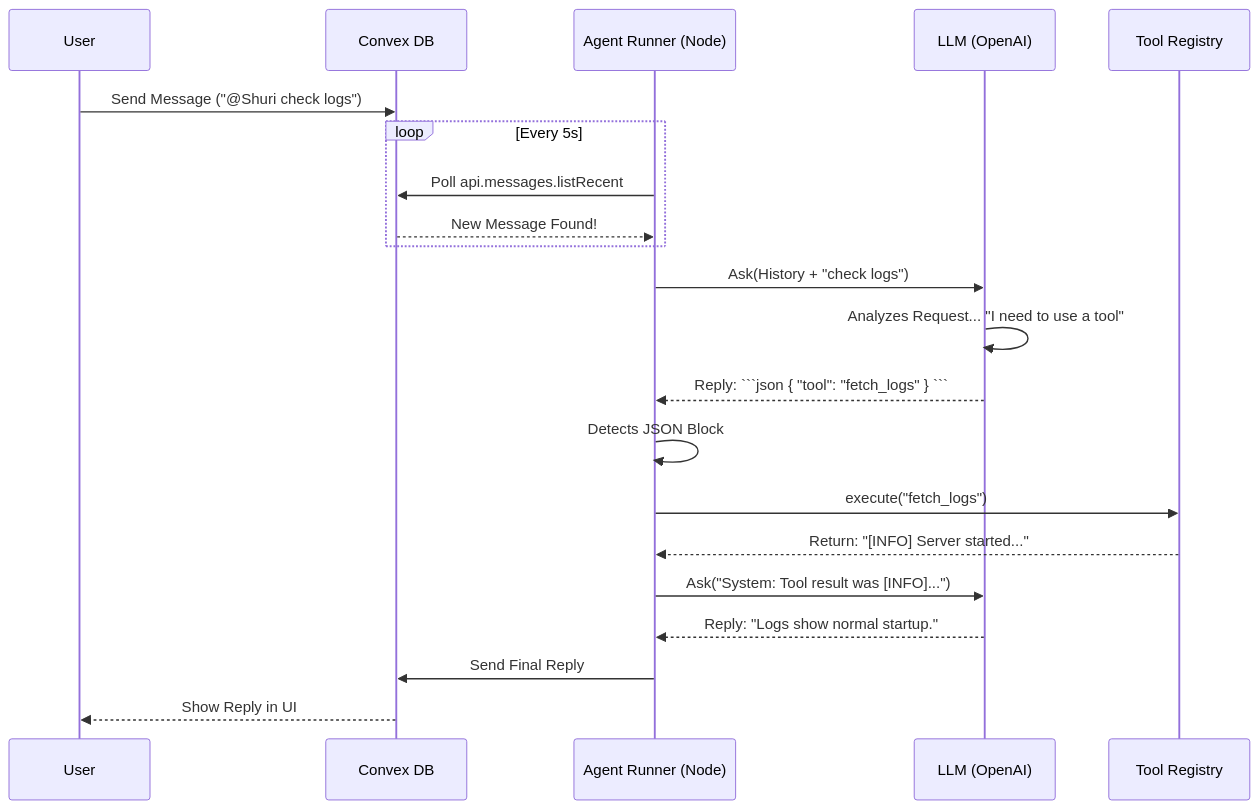
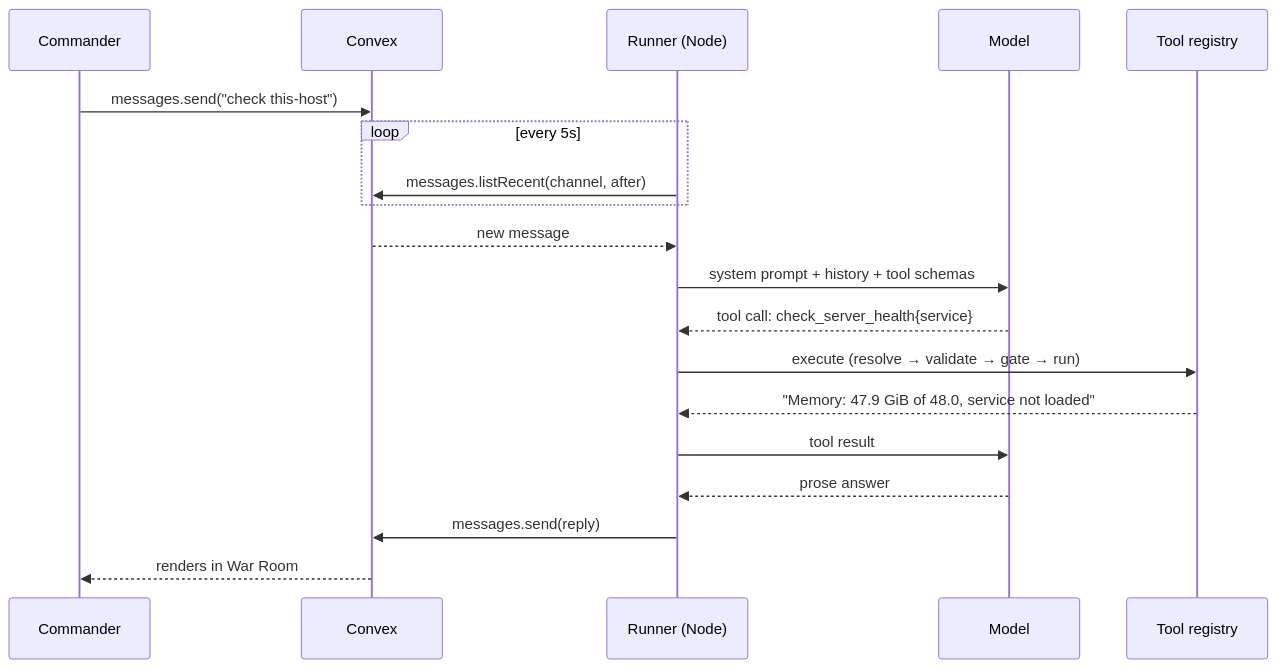
The second of 2 diagrams in docs/ARCHITECTURE.md (amrsingh29/openclaw-fleet-manager), drawn with Mermaid before and after one commit. The commit also changed other lines of this file and 91 other files, not shown here.

````diff
--- a/docs/ARCHITECTURE.md
+++ b/docs/ARCHITECTURE.md
@@ -46,29 +52,22 @@
 ```mermaid
 sequenceDiagram
-    participant User
-    participant Convex as Convex DB
-    participant Runner as Agent Runner (Node)
-    participant Brain as LLM (OpenAI)
-    participant Tools as Tool Registry
+    participant U as Commander
+    participant C as Convex
+    participant R as Runner (Node)
+    participant M as Model
+    participant T as Tool registry
 
-    User->>Convex: Send Message ("@Shuri check logs")
-    
-    loop Every 5s
-        Runner->>Convex: Poll api.messages.listRecent
-        Convex-->>Runner: New Message Found!
+    U->>C: messages.send("check this-host")
+    loop every 5s
+        R->>C: messages.listRecent(channel, after)
     end
-
-    Runner->>Brain: Ask(History + "check logs")
-    Brain->>Brain: Analyzes Request... "I need to use a tool"
-    Brain-->>Runner: Reply: ```json { "tool": "fetch_logs" } ```
-    
-    Runner->>Runner: Detects JSON Block
-    Runner->>Tools: execute("fetch_logs")
-    Tools-->>Runner: Return: "[INFO] Server started..."
-    
-    Runner->>Brain: Ask("System: Tool result was [INFO]...")
-    Brain-->>Runner: Reply: "Logs show normal startup."
-    
-    Runner->>Convex: Send Final Reply
-    Convex-->>User: Show Reply in UI
+    C-->>R: new message
+    R->>M: system prompt + history + tool schemas
+    M-->>R: tool call: check_server_health{service}
+    R->>T: execute (resolve → validate → gate → run)
+    T-->>R: "Memory: 47.9 GiB of 48.0, service not loaded"
+    R->>M: tool result
+    M-->>R: prose answer
+    R->>C: messages.send(reply)
+    C-->>U: renders in War Room
 ```
````
